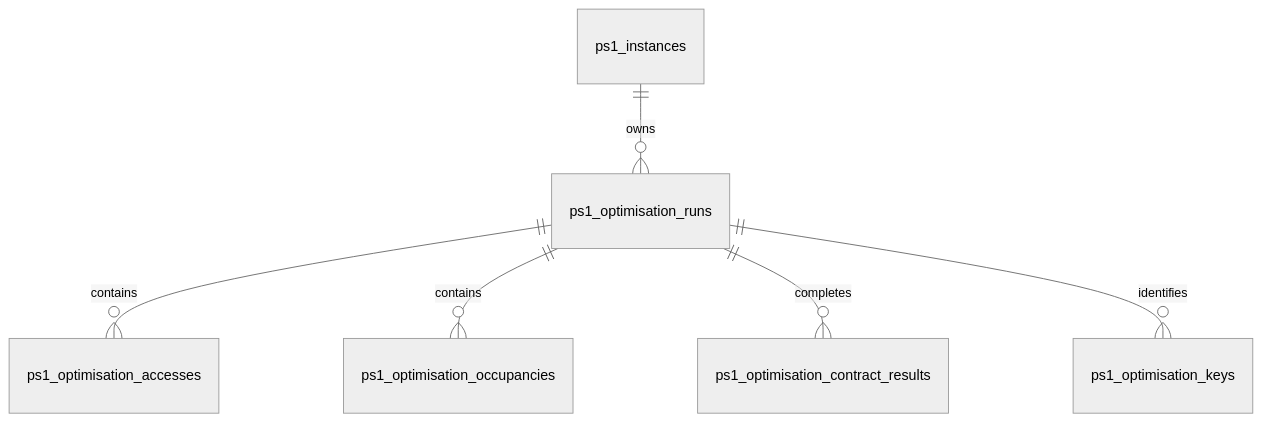
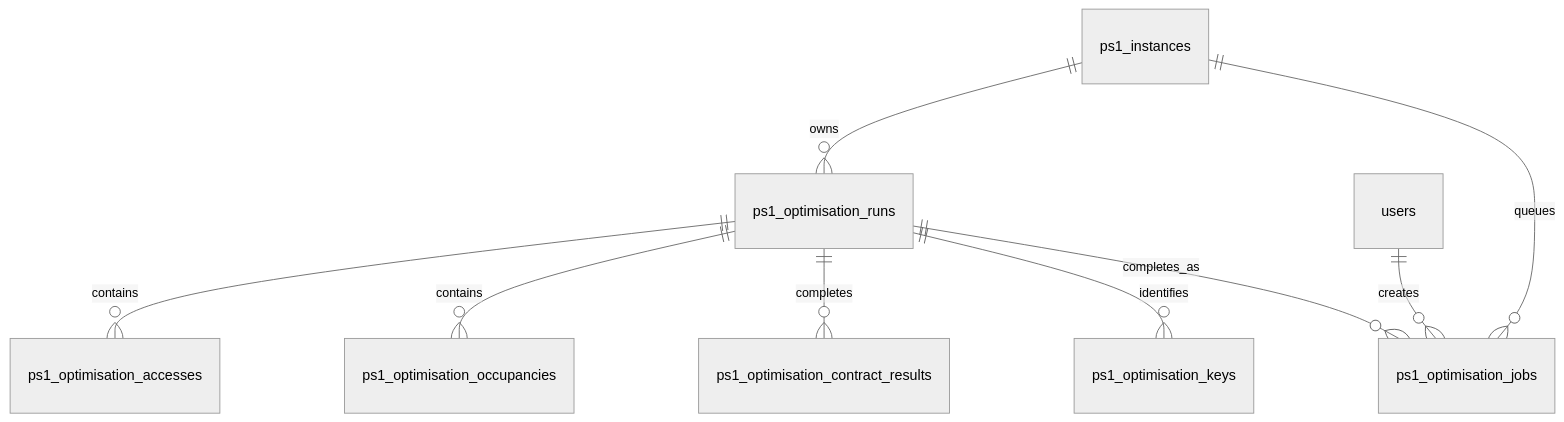
One commit to nashhhhhhh/RailPlan-PS1-Validated changed the fourth of 5 diagrams in railplan-backend/docs/ERD.md. Above: the diagram before and after it, drawn with Mermaid (neutral theme). The commit also changed other lines of this file and 66 other files, not shown here.

````diff
--- a/railplan-backend/docs/ERD.md
+++ b/railplan-backend/docs/ERD.md
@@ -71,8 +71,11 @@
 ```mermaid
 erDiagram
     ps1_instances ||--o{ ps1_optimisation_runs : owns
     ps1_optimisation_runs ||--o{ ps1_optimisation_accesses : contains
     ps1_optimisation_runs ||--o{ ps1_optimisation_occupancies : contains
     ps1_optimisation_runs ||--o{ ps1_optimisation_contract_results : completes
     ps1_optimisation_runs ||--o{ ps1_optimisation_keys : identifies
+    ps1_instances ||--o{ ps1_optimisation_jobs : queues
+    ps1_optimisation_runs ||--o{ ps1_optimisation_jobs : completes_as
+    users ||--o{ ps1_optimisation_jobs : creates
 ```
````
